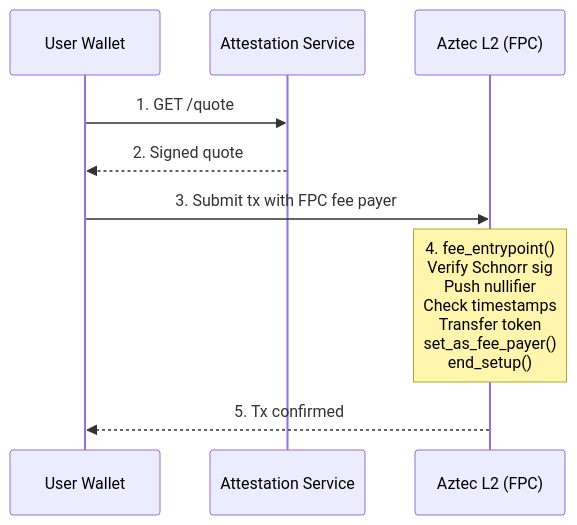
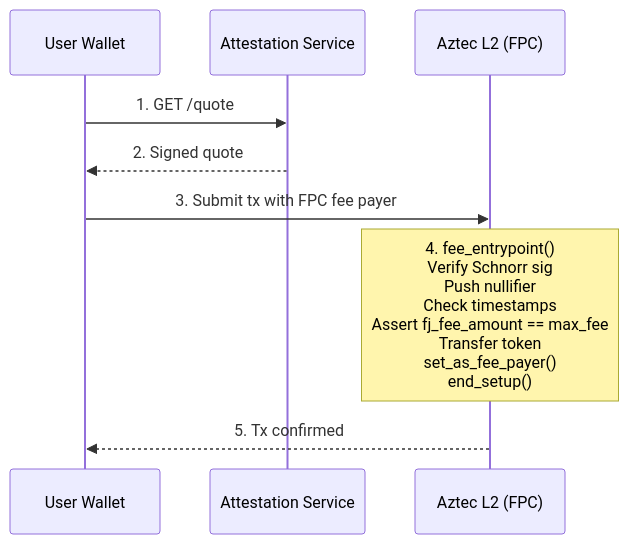
Before and after one commit to NethermindEth/aztec-fpc: the second of 4 diagrams in docs/architecture.md, drawn with Mermaid. The commit also changed other lines of this file and 1 other file, not shown here.

Commit message:
fix: add missing steps to Mermaid diagrams after source audit
- Standard flow: add fee amount assertion between sig verify and transfer
- Cold-start flow: add all setup guards (tx root, claim >= fee, quote
  verify, fee assert, set_as_fee_payer) before app-phase steps
- Cold-start overview: fix parallel arrows to sequential (claim -> user
  transfer -> operator transfer matches source execution order)

````diff
--- a/docs/architecture.md
+++ b/docs/architecture.md
@@ -103,12 +103,12 @@
 ```mermaid
 sequenceDiagram
     participant W as User Wallet
     participant A as Attestation Service
     participant F as Aztec L2 (FPC)
 
     W->>A: 1. GET /quote
     A-->>W: 2. Signed quote
     W->>F: 3. Submit tx with FPC fee payer
-    Note over F: 4. fee_entrypoint()<br/>Verify Schnorr sig<br/>Push nullifier<br/>Check timestamps<br/>Transfer token<br/>set_as_fee_payer()<br/>end_setup()
+    Note over F: 4. fee_entrypoint()<br/>Verify Schnorr sig<br/>Push nullifier<br/>Check timestamps<br/>Assert fj_fee_amount == max_fee<br/>Transfer token<br/>set_as_fee_payer()<br/>end_setup()
     F-->>W: 5. Tx confirmed
 ```
````
